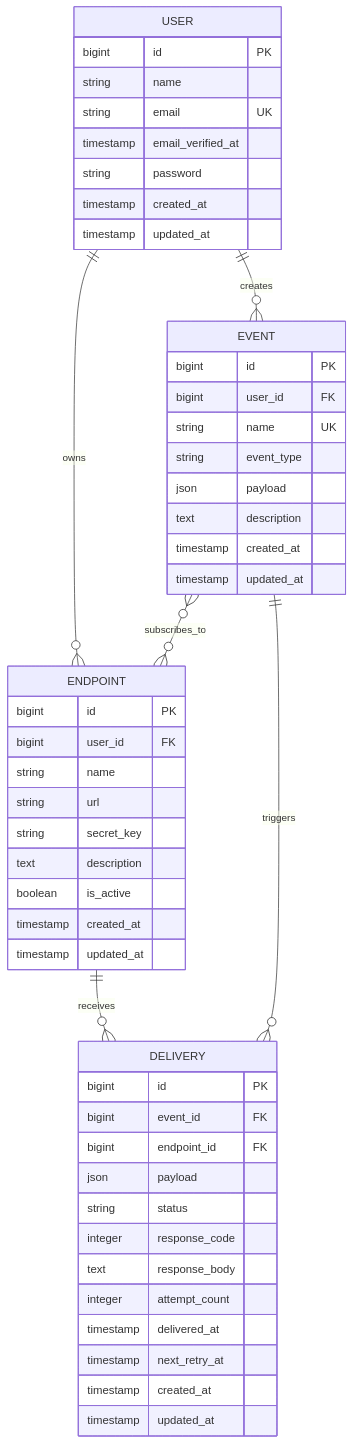
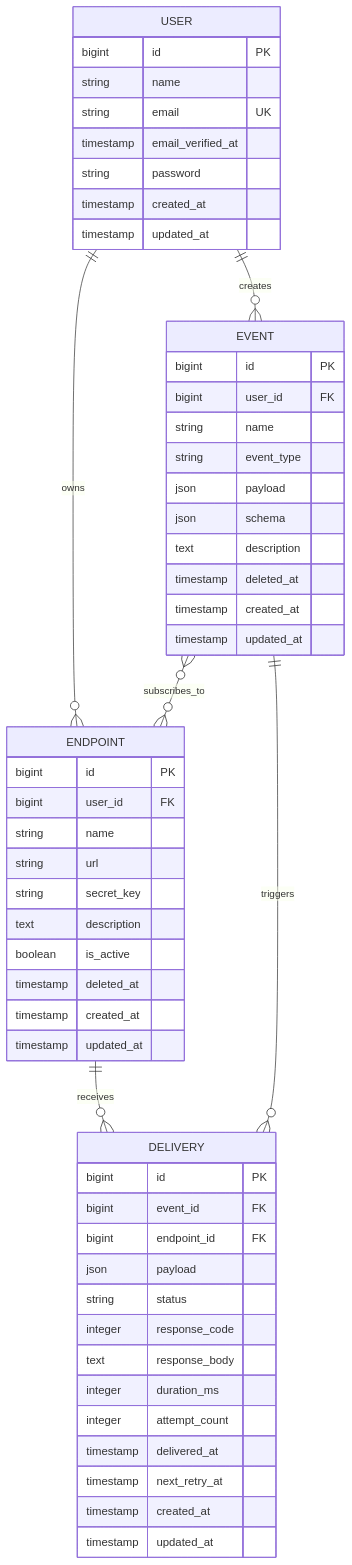
Before and after one commit to morcen/hooketh: the second of 5 diagrams in ARCHITECTURE.md, drawn with Mermaid. The commit also changed other lines of this file and 3 other files, not shown here.

````diff
--- a/ARCHITECTURE.md
+++ b/ARCHITECTURE.md
@@ -98,56 +98,60 @@
 ```mermaid
 erDiagram
     USER ||--o{ ENDPOINT : owns
     USER ||--o{ EVENT : creates
     ENDPOINT ||--o{ DELIVERY : receives
     EVENT ||--o{ DELIVERY : triggers
     EVENT }o--o{ ENDPOINT : subscribes_to
     
     USER {
         bigint id PK
         string name
         string email UK
         timestamp email_verified_at
         string password
         timestamp created_at
         timestamp updated_at
     }
     
     ENDPOINT {
         bigint id PK
         bigint user_id FK
         string name
         string url
         string secret_key
         text description
         boolean is_active
+        timestamp deleted_at
         timestamp created_at
         timestamp updated_at
     }
     
     EVENT {
         bigint id PK
         bigint user_id FK
-        string name UK
+        string name
         string event_type
         json payload
+        json schema
         text description
+        timestamp deleted_at
         timestamp created_at
         timestamp updated_at
     }
     
     DELIVERY {
         bigint id PK
         bigint event_id FK
         bigint endpoint_id FK
         json payload
         string status
         integer response_code
         text response_body
+        integer duration_ms
         integer attempt_count
         timestamp delivered_at
         timestamp next_retry_at
         timestamp created_at
         timestamp updated_at
     }
 ```
````
